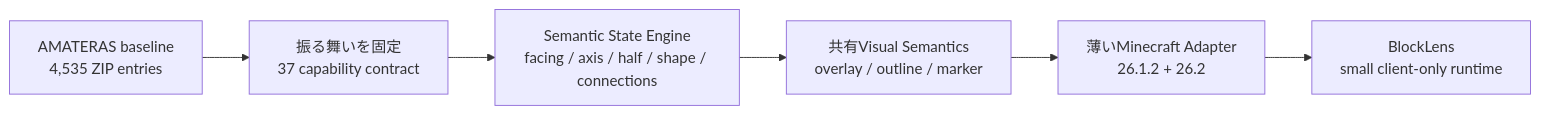
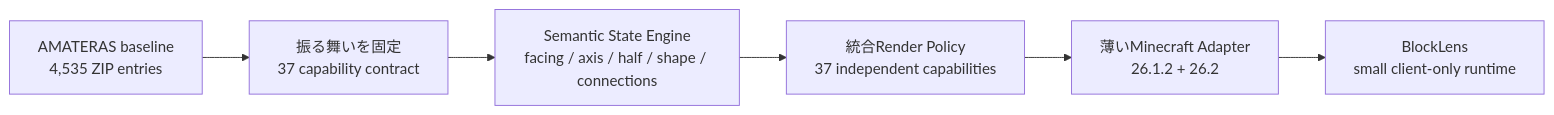
One commit to bosatsu25/BlockLens changed the first of 5 diagrams in README_ja.md. Above: the diagram before and after it, drawn with Mermaid. The commit also changed other lines of this file, not shown here.

````diff
--- a/README_ja.md
+++ b/README_ja.md
@@ -17,8 +17,8 @@
 ```mermaid
 flowchart LR
     A[AMATERAS baseline\n4,535 ZIP entries] --> B[振る舞いを固定\n37 capability contract]
     B --> C[Semantic State Engine\nfacing / axis / half / shape / connections]
-    C --> D[共有Visual Semantics\noverlay / outline / marker]
+    C --> D[統合Render Policy\n37 independent capabilities]
     D --> E[薄いMinecraft Adapter\n26.1.2 + 26.2]
     E --> F[BlockLens\nsmall client-only runtime]
 ```
````
